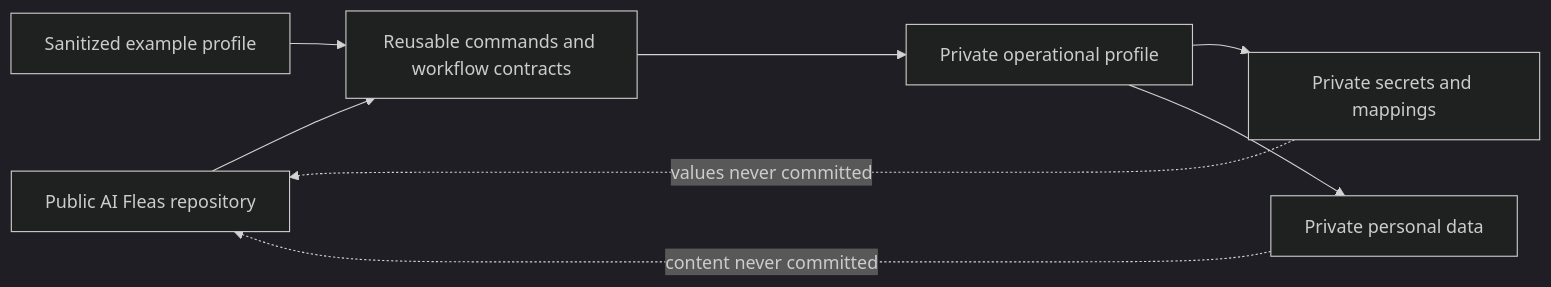
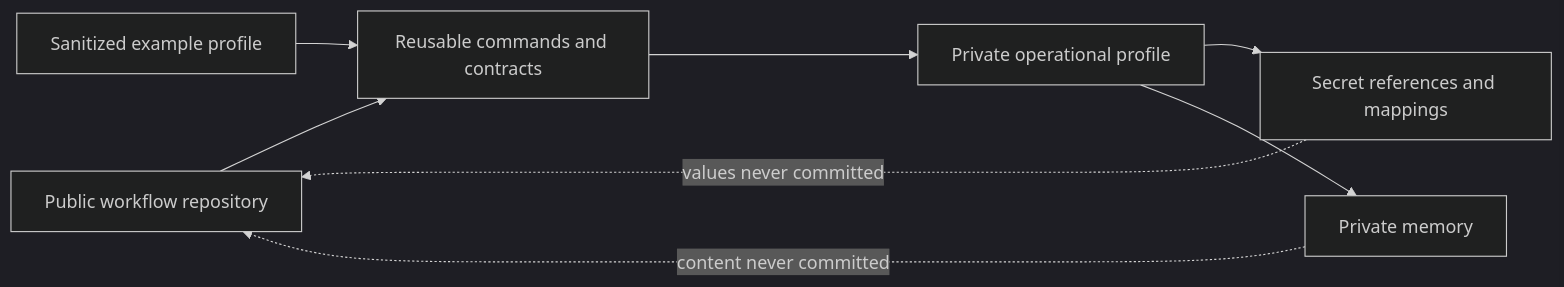
The fourth of 4 diagrams in notes/articles/2026-09-19-a-folder-is-not-a-permission-boundary.md (starodubtsevconsulting/ai-fleas), drawn with Mermaid (dark theme) before and after one commit. The commit also changed other lines of this file and 9 other files, not shown here.

````diff
--- a/notes/articles/2026-09-19-a-folder-is-not-a-permission-boundary.md
+++ b/notes/articles/2026-09-19-a-folder-is-not-a-permission-boundary.md
@@ -204,11 +110,11 @@
 ```mermaid
 flowchart LR
-    P[Public AI Fleas repository] --> C[Reusable commands and workflow contracts]
+    P[Public workflow repository] --> C[Reusable commands and contracts]
     E[Sanitized example profile] --> C
     C --> O[Private operational profile]
-    O --> S[Private secrets and mappings]
-    O --> D[Private personal data]
+    O --> S[Secret references and mappings]
+    O --> D[Private memory]
 
     S -. values never committed .-> P
     D -. content never committed .-> P
 ```
````
